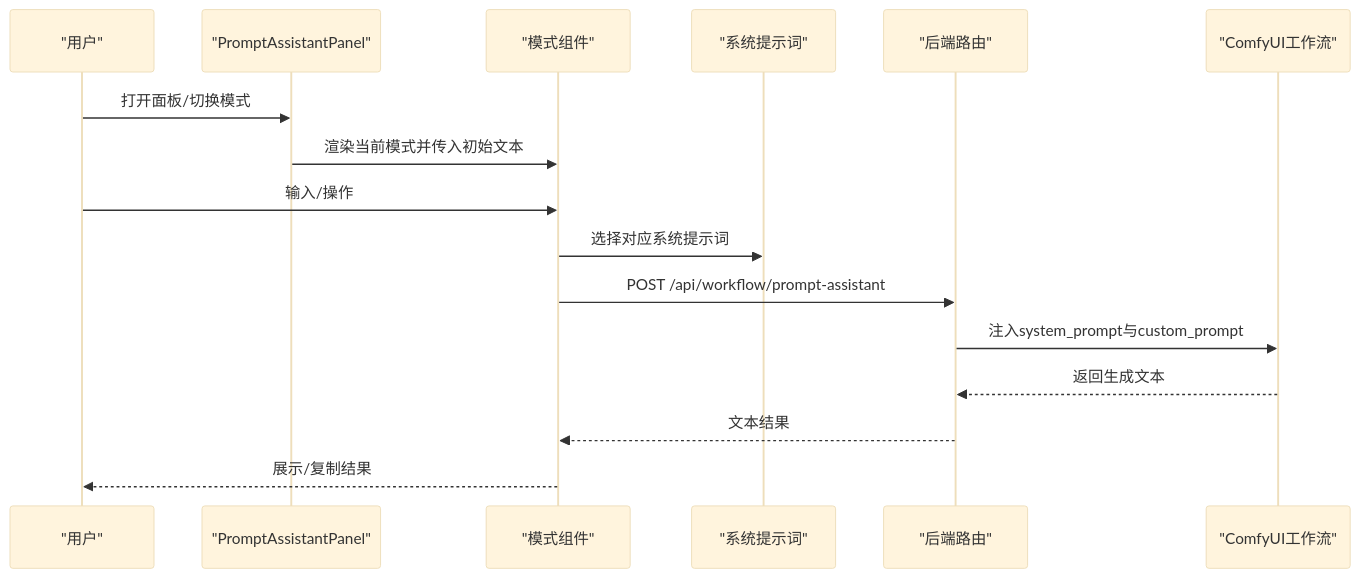
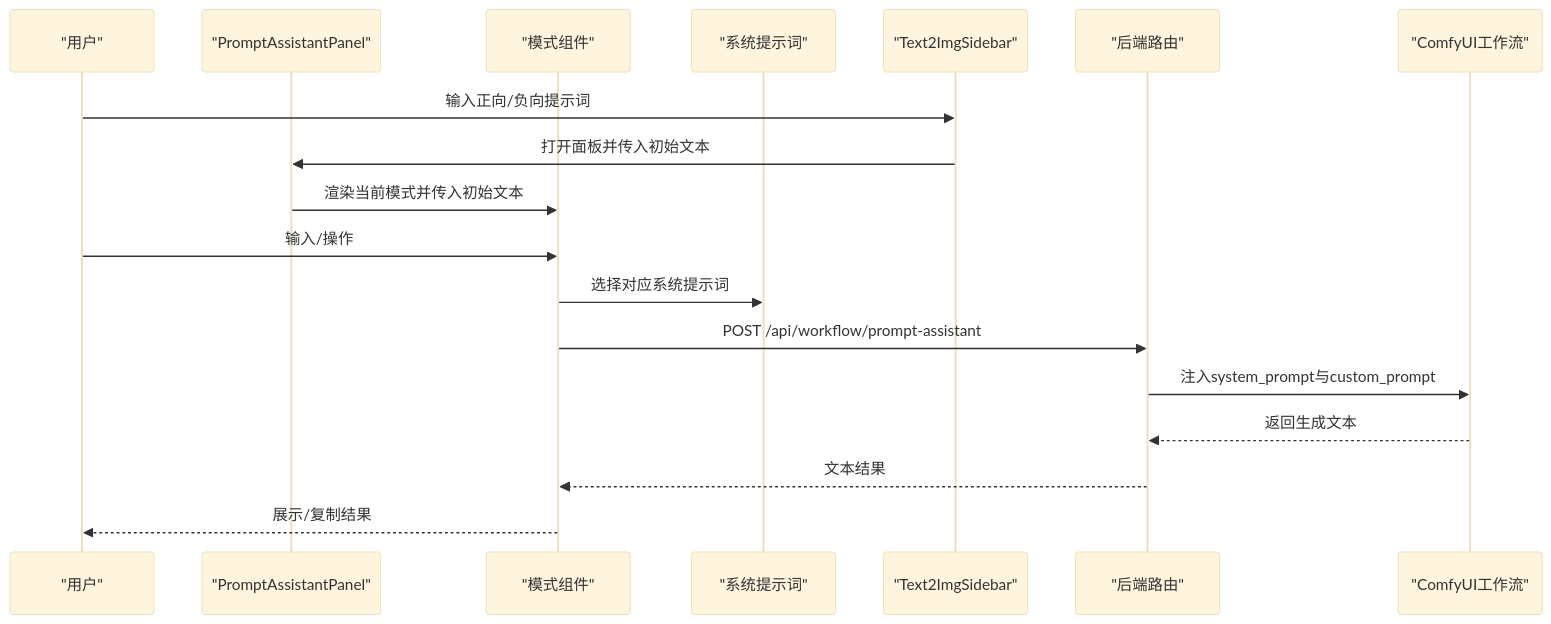
The second of 7 diagrams in .qoder/repowiki/zh/content/用户界面组件/专业功能组件/提示词助手面板/提示词助手面板.md (billye220670/CorineKit_Pix2Real), drawn with Mermaid (base theme) before and after one commit. The commit also changed other lines of this file and 49 other files, not shown here.

````diff
--- a/.qoder/repowiki/zh/content/用户界面组件/专业功能组件/提示词助手面板/提示词助手面板.md
+++ b/.qoder/repowiki/zh/content/用户界面组件/专业功能组件/提示词助手面板/提示词助手面板.md
@@ -109,18 +128,20 @@
 ```mermaid
 sequenceDiagram
 participant U as "用户"
 participant P as "PromptAssistantPanel"
 participant M as "模式组件"
 participant S as "系统提示词"
+participant T as "Text2ImgSidebar"
 participant R as "后端路由"
 participant W as "ComfyUI工作流"
-U->>P : 打开面板/切换模式
+U->>T : 输入正向/负向提示词
+T->>P : 打开面板并传入初始文本
 P->>M : 渲染当前模式并传入初始文本
 U->>M : 输入/操作
 M->>S : 选择对应系统提示词
 M->>R : POST /api/workflow/prompt-assistant
 R->>W : 注入system_prompt与custom_prompt
 W-->>R : 返回生成文本
 R-->>M : 文本结果
 M-->>U : 展示/复制结果
 ```
````
